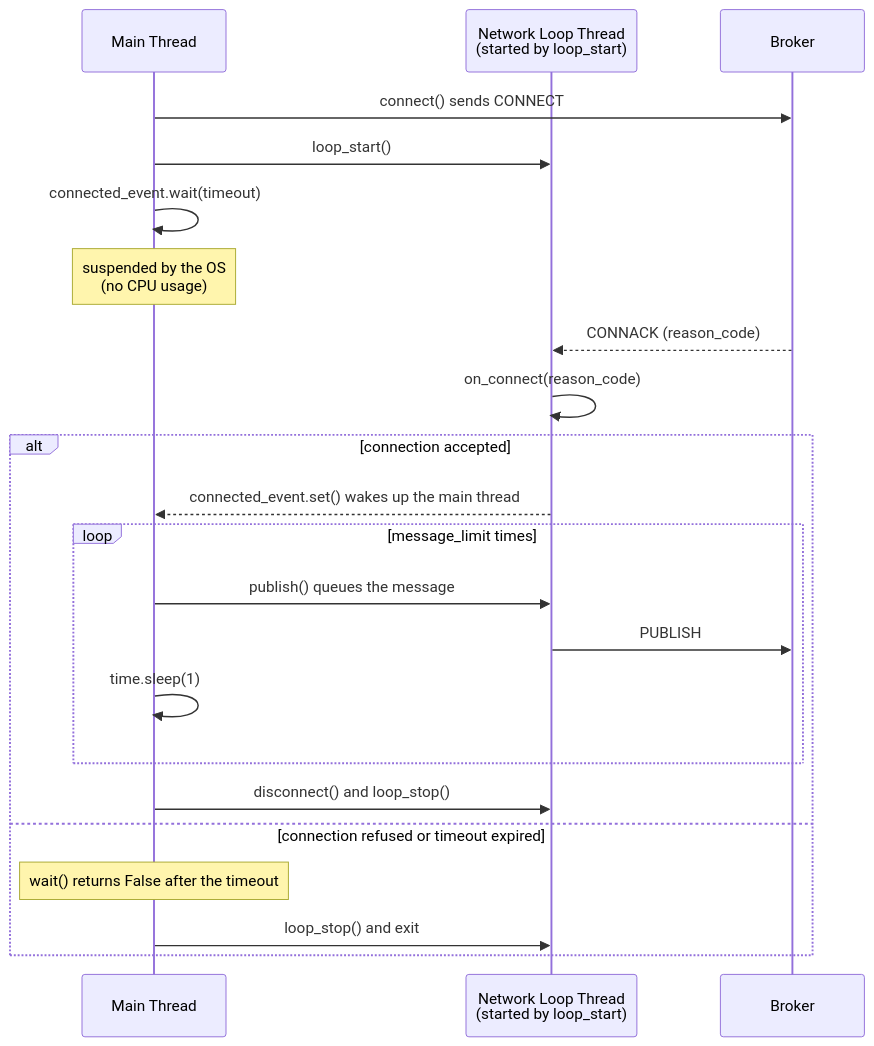
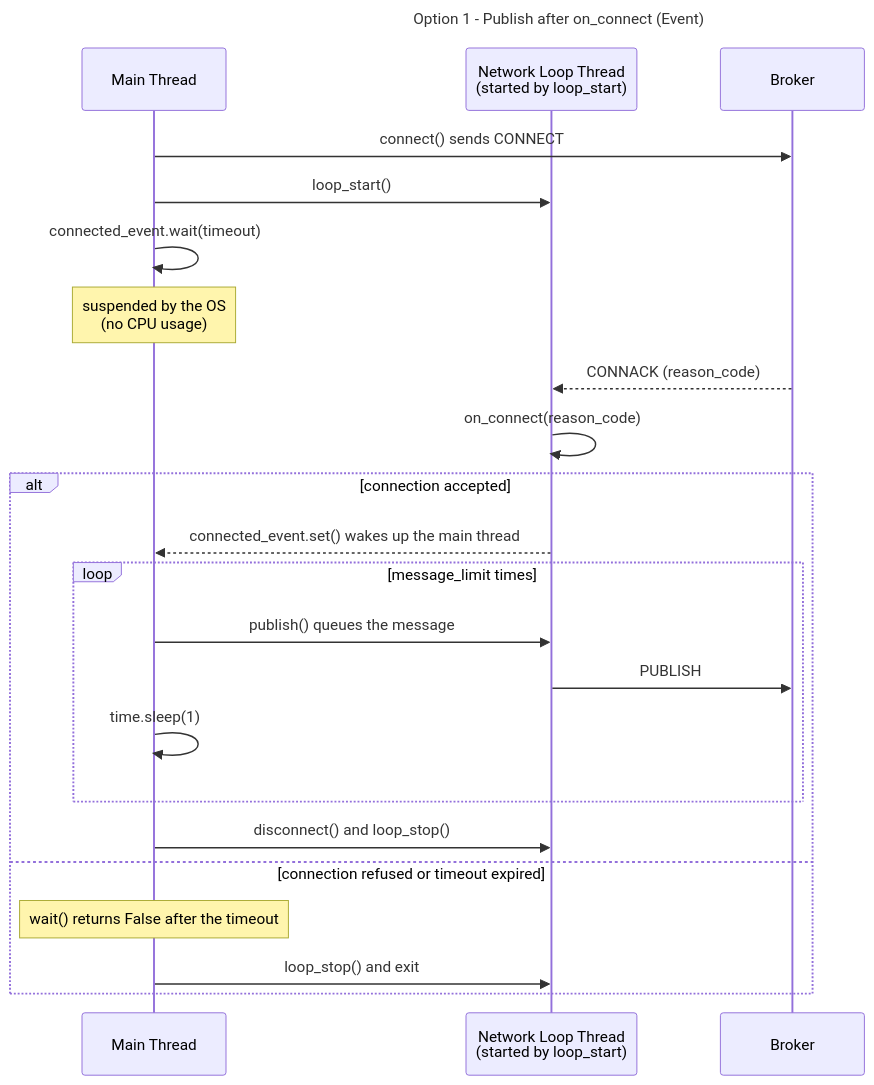
Before and after one commit to Marco-Picone-Teaching/python-mqtt-playground: the first of 4 diagrams in README.md, drawn with Mermaid. The commit also changed other lines of this file, not shown here.

````diff
--- a/README.md
+++ b/README.md
@@ -266,25 +241,26 @@
 ```mermaid
 sequenceDiagram
+    title Option 1 - Publish after on_connect (Event)
     participant M as Main Thread
     participant L as Network Loop Thread<br/>(started by loop_start)
     participant B as Broker
 
     M->>B: connect() sends CONNECT
     M->>L: loop_start()
     M->>M: connected_event.wait(timeout)
     Note over M: suspended by the OS<br/>(no CPU usage)
     B-->>L: CONNACK (reason_code)
     L->>L: on_connect(reason_code)
     alt connection accepted
         L-->>M: connected_event.set() wakes up the main thread
         loop message_limit times
             M->>L: publish() queues the message
             L->>B: PUBLISH
             M->>M: time.sleep(1)
         end
         M->>L: disconnect() and loop_stop()
     else connection refused or timeout expired
         Note over M: wait() returns False after the timeout
         M->>L: loop_stop() and exit
     end
 ```
````
